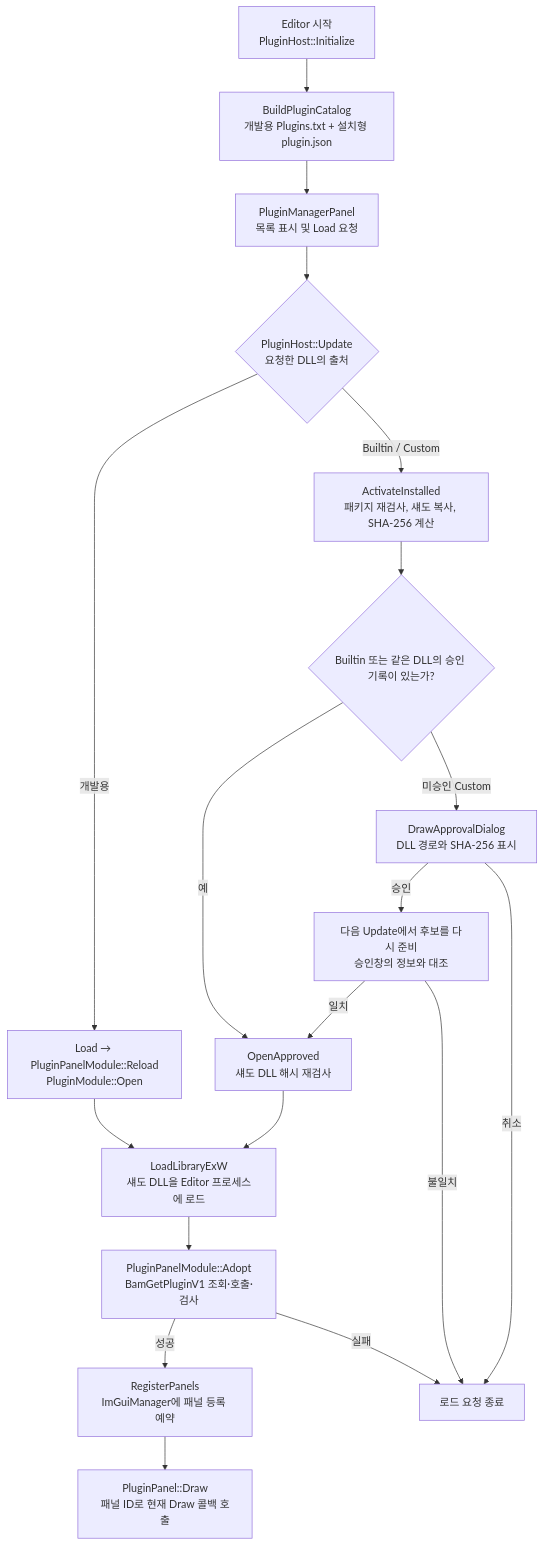
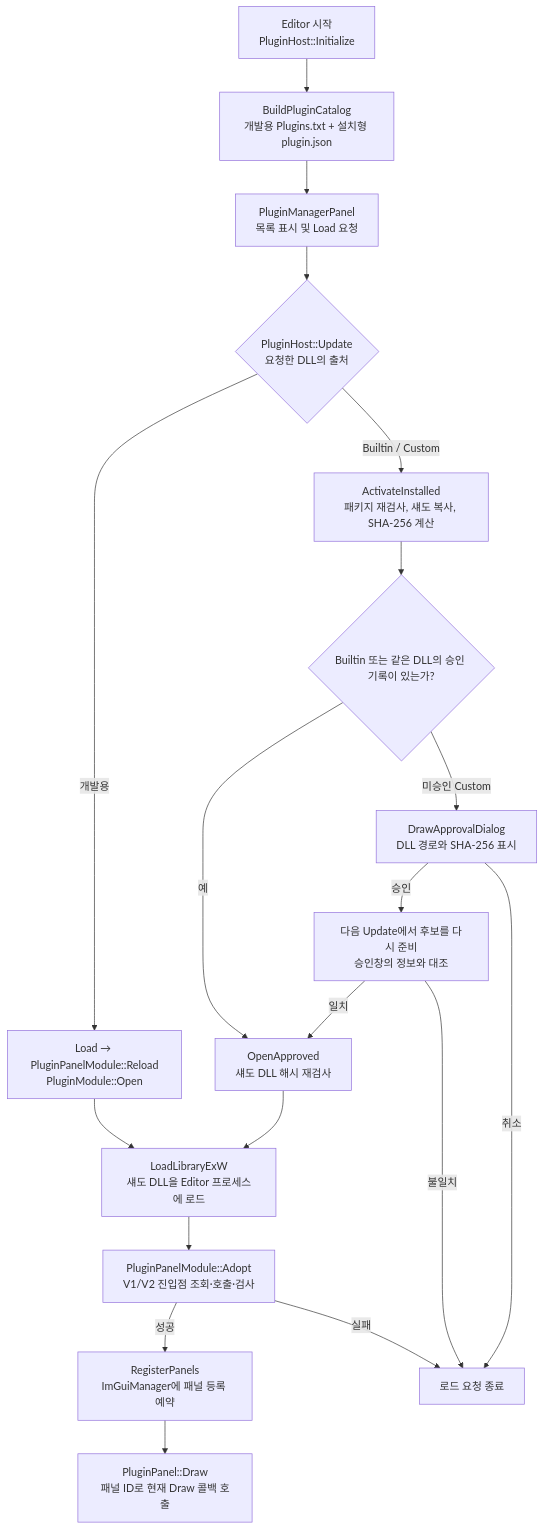
The first of 2 diagrams in Docs/EditorPluginArchitecturePlan.md (Bamtoliya/BamEngine), drawn with Mermaid before and after one commit. The commit also changed other lines of this file and 34 other files, not shown here.

````diff
--- a/Docs/EditorPluginArchitecturePlan.md
+++ b/Docs/EditorPluginArchitecturePlan.md
@@ -200,22 +229,22 @@
 ```mermaid
 flowchart TD
     A["Editor 시작<br/>PluginHost::Initialize"]
     A --> B["BuildPluginCatalog<br/>개발용 Plugins.txt + 설치형 plugin.json"]
     B --> C["PluginManagerPanel<br/>목록 표시 및 Load 요청"]
     C --> D{"PluginHost::Update<br/>요청한 DLL의 출처"}
     D -->|개발용| E["Load → PluginPanelModule::Reload<br/>PluginModule::Open"]
     D -->|Builtin / Custom| F["ActivateInstalled<br/>패키지 재검사, 섀도 복사, SHA-256 계산"]
     F --> G{"Builtin 또는 같은 DLL의 승인 기록이 있는가?"}
     G -->|예| I["OpenApproved<br/>섀도 DLL 해시 재검사"]
     G -->|미승인 Custom| H["DrawApprovalDialog<br/>DLL 경로와 SHA-256 표시"]
     H -->|승인| J["다음 Update에서 후보를 다시 준비<br/>승인창의 정보와 대조"]
     H -->|취소| X["로드 요청 종료"]
     J -->|일치| I
     J -->|불일치| X
     E --> K["LoadLibraryExW<br/>섀도 DLL을 Editor 프로세스에 로드"]
     I --> K
-    K --> L["PluginPanelModule::Adopt<br/>BamGetPluginV1 조회·호출·검사"]
+    K --> L["PluginPanelModule::Adopt<br/>V1/V2 진입점 조회·호출·검사"]
     L -->|성공| M["RegisterPanels<br/>ImGuiManager에 패널 등록 예약"]
     L -->|실패| X
     M --> N["PluginPanel::Draw<br/>패널 ID로 현재 Draw 콜백 호출"]
 ```
````
